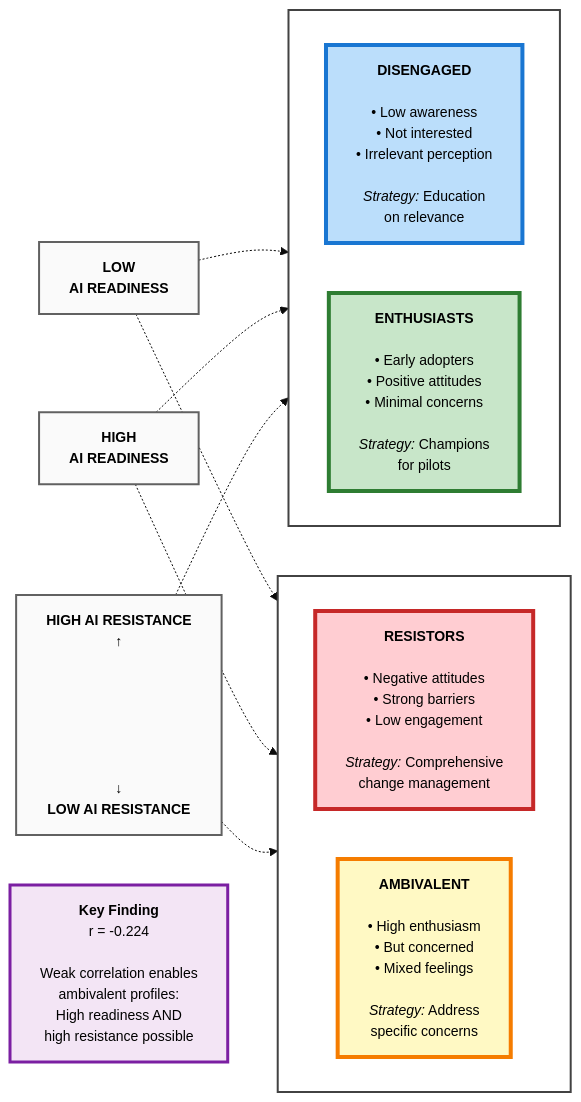
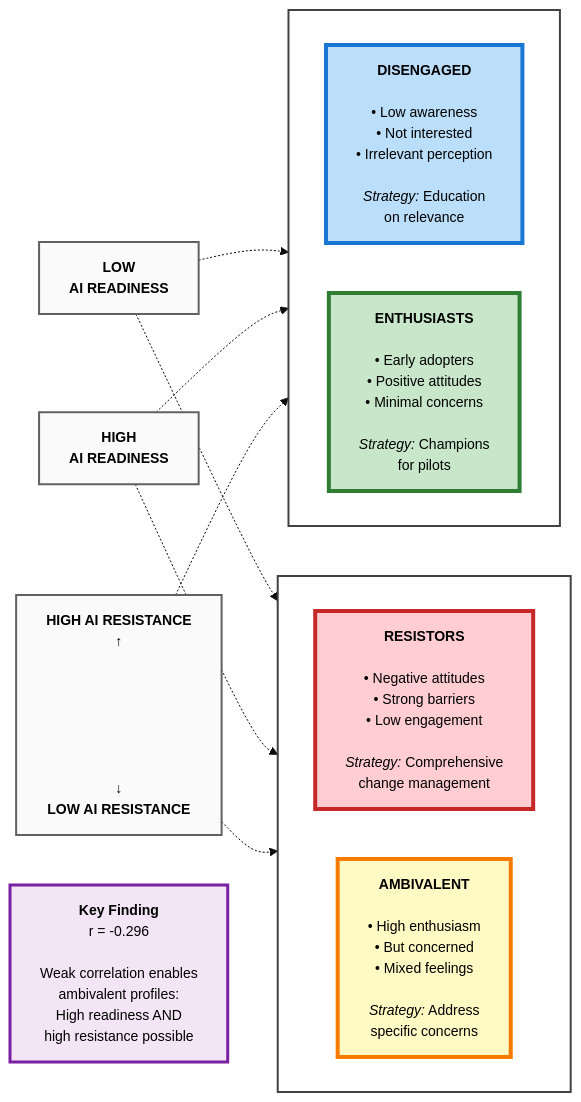
The third of 3 diagrams in airs_professional/PROFESSIONALS_MODEL_TRACKING.md (fabioc-aloha/AIRS_Data_Analysis), drawn with Mermaid before and after one commit. The commit also changed other lines of this file and 115 other files, not shown here.

First line of the commit message:
Theoretical integration & research roadmap completion

````diff
--- a/airs_professional/PROFESSIONALS_MODEL_TRACKING.md
+++ b/airs_professional/PROFESSIONALS_MODEL_TRACKING.md
@@ -696,36 +696,36 @@
 ```mermaid
 %%{init: {'theme':'base', 'themeVariables': { 'fontSize':'14px'}}}%%
 graph LR
     subgraph TOP[" "]
         direction LR
         Q2["<b>RESISTORS</b><br/><br/>• Negative attitudes<br/>• Strong barriers<br/>• Low engagement<br/><br/><i>Strategy:</i> Comprehensive<br/>change management"]
         Q1["<b>AMBIVALENT</b><br/><br/>• High enthusiasm<br/>• But concerned<br/>• Mixed feelings<br/><br/><i>Strategy:</i> Address<br/>specific concerns"]
     end
 
     subgraph BOTTOM[" "]
         direction LR
         Q3["<b>DISENGAGED</b><br/><br/>• Low awareness<br/>• Not interested<br/>• Irrelevant perception<br/><br/><i>Strategy:</i> Education<br/>on relevance"]
         Q4["<b>ENTHUSIASTS</b><br/><br/>• Early adopters<br/>• Positive attitudes<br/>• Minimal concerns<br/><br/><i>Strategy:</i> Champions<br/>for pilots"]
     end
 
     YLABEL["<b>HIGH AI RESISTANCE</b><br/>↑<br/><br/><br/><br/><br/><br/><br/>↓<br/><b>LOW AI RESISTANCE</b>"]
     XLABEL_TOP["<b>LOW</b><br/><b>AI READINESS</b>"]
     XLABEL_BOTTOM["<b>HIGH</b><br/><b>AI READINESS</b>"]
 
-    INFO["<b>Key Finding</b><br/>r = -0.224<br/><br/>Weak correlation enables<br/>ambivalent profiles:<br/>High readiness AND<br/>high resistance possible"]
+    INFO["<b>Key Finding</b><br/>r = -0.296<br/><br/>Weak correlation enables<br/>ambivalent profiles:<br/>High readiness AND<br/>high resistance possible"]
 
     YLABEL -.-> TOP & BOTTOM
     XLABEL_TOP -.-> Q2 & Q3
     XLABEL_BOTTOM -.-> Q1 & Q4
 
     style Q1 fill:#fff9c4,stroke:#f57c00,stroke-width:4px,color:#000
     style Q2 fill:#ffcdd2,stroke:#c62828,stroke-width:4px,color:#000
     style Q3 fill:#bbdefb,stroke:#1976d2,stroke-width:4px,color:#000
     style Q4 fill:#c8e6c9,stroke:#2e7d32,stroke-width:4px,color:#000
     style INFO fill:#f3e5f5,stroke:#7b1fa2,stroke-width:3px,color:#000
     style YLABEL fill:#fafafa,stroke:#616161,stroke-width:2px,color:#000
     style XLABEL_TOP fill:#fafafa,stroke:#616161,stroke-width:2px,color:#000
     style XLABEL_BOTTOM fill:#fafafa,stroke:#616161,stroke-width:2px,color:#000
     style TOP fill:#fff,stroke:#424242,stroke-width:2px
     style BOTTOM fill:#fff,stroke:#424242,stroke-width:2px
 ```
````
